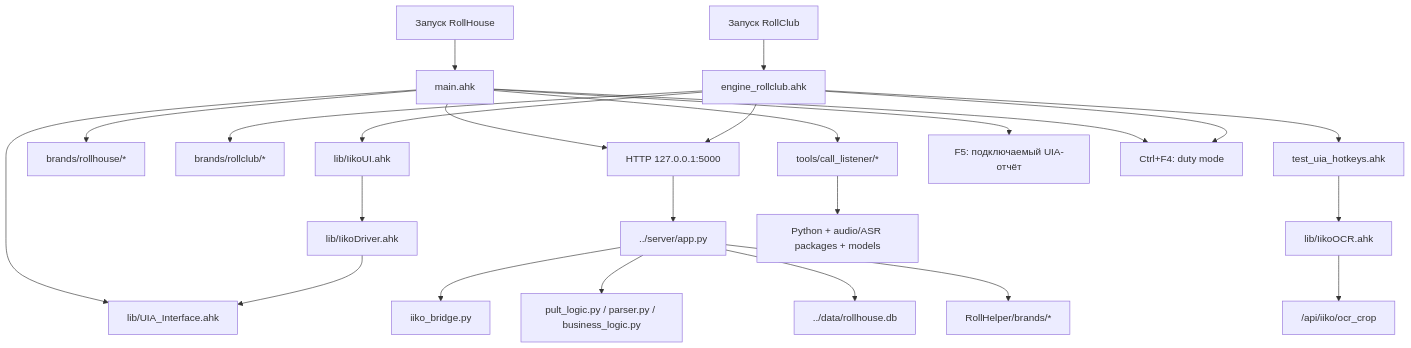
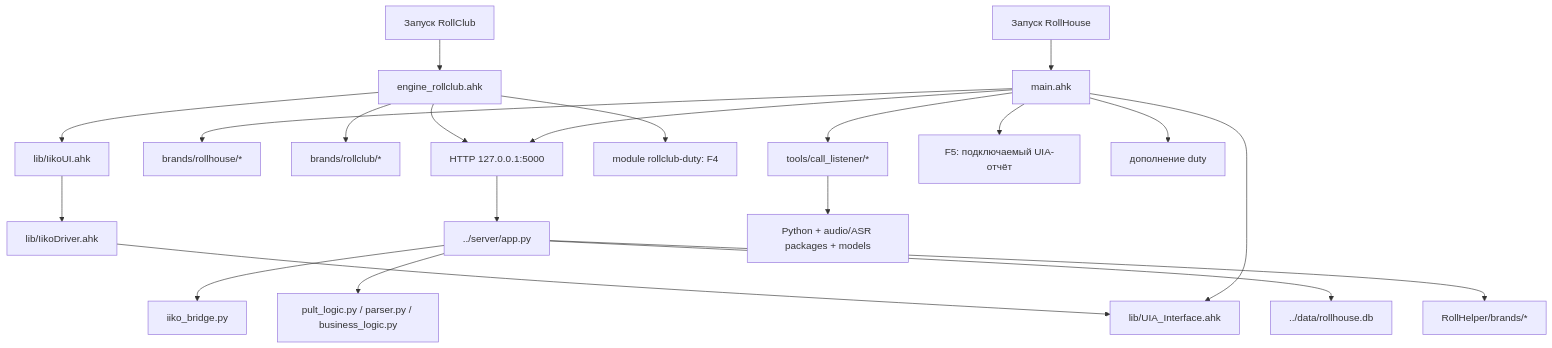
The diagram in docs/ARCHITECTURE_DECOMPOSITION.md (voffkazxc/RollHelper), drawn with Mermaid before and after one commit. The commit also changed other lines of this file and 3 other files, not shown here.

````diff
--- a/docs/ARCHITECTURE_DECOMPOSITION.md
+++ b/docs/ARCHITECTURE_DECOMPOSITION.md
@@ -62,31 +62,28 @@
 ```mermaid
 flowchart TD
     StartRH["Запуск RollHouse"] --> RH["main.ahk"]
     StartRC["Запуск RollClub"] --> RC["engine_rollclub.ahk"]
 
     RH --> UIABase["lib/UIA_Interface.ahk"]
     RC --> IikoUI["lib/IikoUI.ahk"]
     IikoUI --> Driver["lib/IikoDriver.ahk"]
     Driver --> UIABase
 
     RH --> RHConfig["brands/rollhouse/*"]
     RC --> RCConfig["brands/rollclub/*"]
 
     RH --> Http["HTTP 127.0.0.1:5000"]
     RC --> Http
     Http --> Server["../server/app.py"]
     Server --> Bridge["iiko_bridge.py"]
     Server --> Logic["pult_logic.py / parser.py / business_logic.py"]
     Server --> DB["../data/rollhouse.db"]
     Server --> BrandConfigs["RollHelper/brands/*"]
 
-    RC --> Tests["test_uia_hotkeys.ahk"]
-    Tests --> OCRAHK["lib/IikoOCR.ahk"]
-    OCRAHK --> OCRServer["/api/iiko/ocr_crop"]
+    RC --> RCDuty["module rollclub-duty: F4"]
 
     RH --> Calls["tools/call_listener/*"]
     Calls --> PyAudio["Python + audio/ASR packages + models"]
     RH --> Report["F5: подключаемый UIA-отчёт"]
-    RH --> Duty["Ctrl+F4: duty mode"]
-    RC --> Duty
+    RH --> Duty["дополнение duty"]
 ```
````
